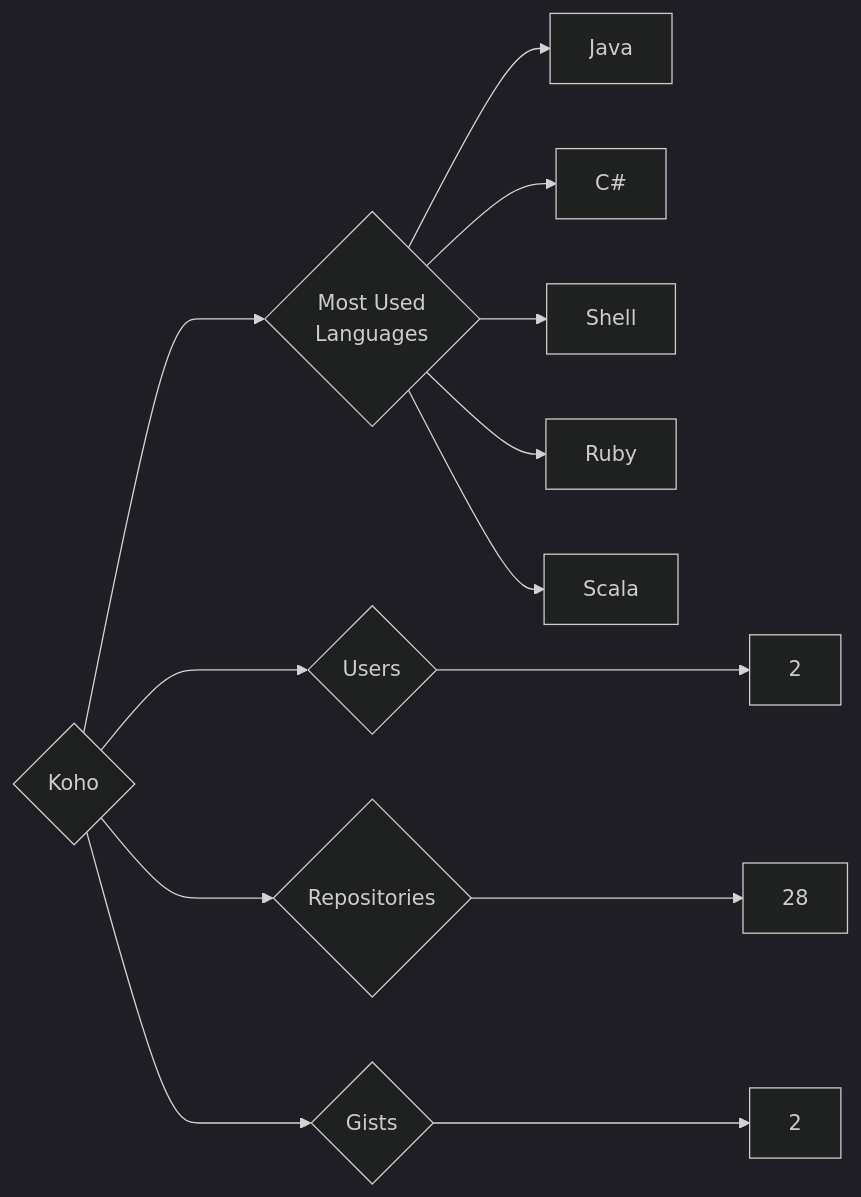
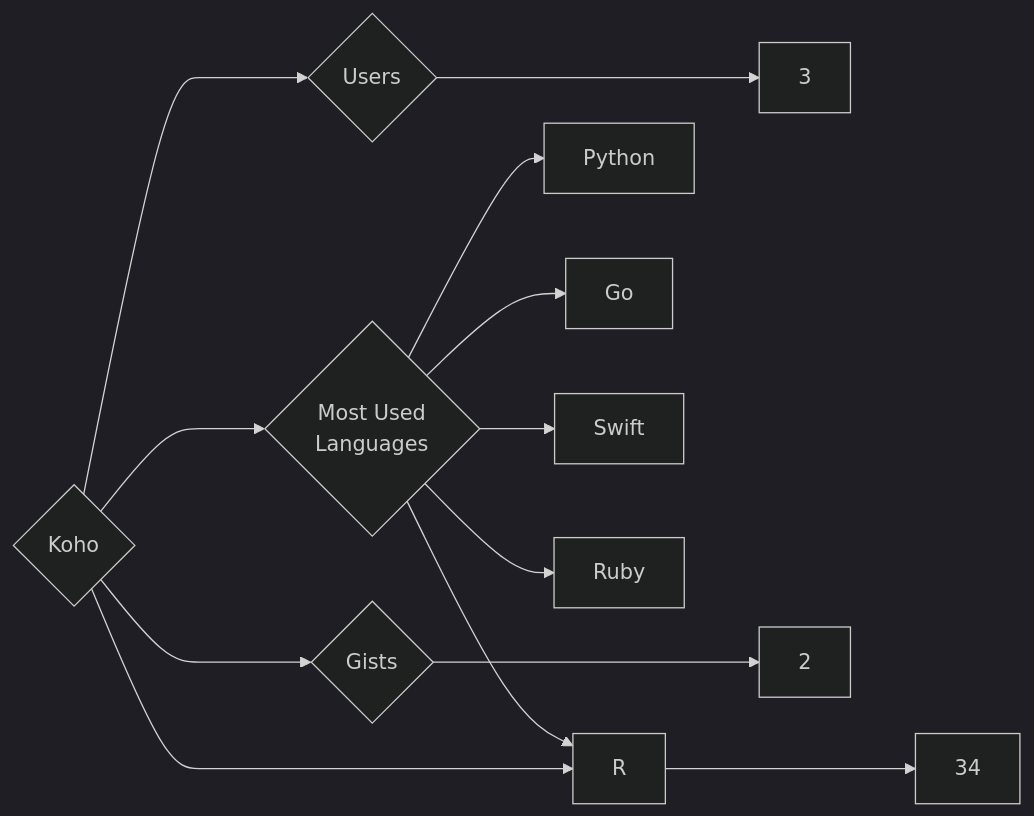
Before and after one commit to trickest/insiders: the diagram in targets/Koho/README.md, drawn with Mermaid (dark theme). The commit also changed 775 other files, not shown here.

````diff
--- a/targets/Koho/README.md
+++ b/targets/Koho/README.md
@@ -3,13 +3,13 @@
 ```mermaid
 graph LR
 COMPANY_NAME{Koho}
-COMPANY_NAME ---> U{Users} ---> UN[2]
-COMPANY_NAME ---> R{Repositories} ---> RN[28]
+COMPANY_NAME ---> U{Users} ---> UN[3]
+COMPANY_NAME ---> R{Repositories} ---> RN[34]
 COMPANY_NAME ---> G{Gists} ---> GN[2]
 COMPANY_NAME ---> ML{Most Used<br>Languages}
-ML --> Java[Java]
-ML --> C#[C#]
-ML --> Shell[Shell]
+ML --> Python[Python]
+ML --> Go[Go]
+ML --> Swift[Swift]
 ML --> Ruby[Ruby]
-ML --> Scala[Scala]
+ML --> R[R]
 ```
````
